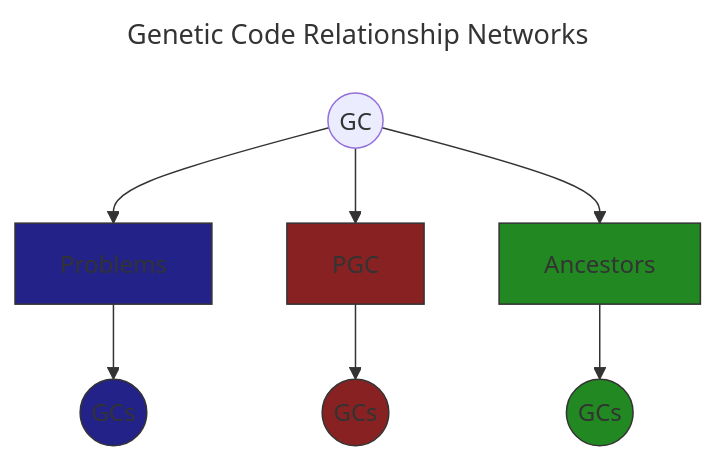
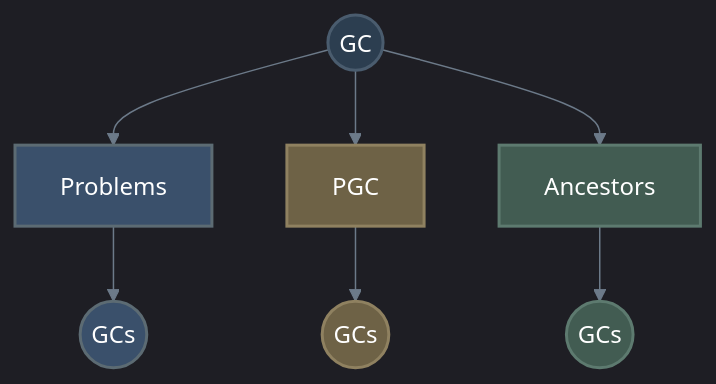
One commit to Shapedsundew9/erasmus-gp changed the diagram in docs/components/core/genetic_code/relationships.md. Above: the diagram before and after it, drawn with Mermaid. The commit also changed 21 other files, not shown here.

First line of the commit message:
Enhance Mermaid Diagrams and Color Consistency Across Documentation

````diff
--- a/docs/components/core/genetic_code/relationships.md
+++ b/docs/components/core/genetic_code/relationships.md
@@ -5,16 +5,17 @@
 ```mermaid
----
-title: Genetic Code Relationship Networks
----
+%%{init: { 'theme': 'dark', 'themeVariables': { 'lineColor': '#6c7a89', 'textColor': '#edf2f4', 'mainBkg': '#2b2d42', 'primaryBorderColor': '#4a4e69' }}}%%
+flowchart
+    %% Base/Default (Dark Slate)
+    classDef default fill:#2b2d42,stroke:#4a4e69,stroke-width:2px,color:#edf2f4
+    classDef dataBlue fill:#3a506b,stroke:#5c6b73,stroke-width:2px,color:#ffffff
+    classDef dataGreen fill:#425c52,stroke:#5d7a6f,stroke-width:2px,color:#ffffff
+    classDef dataGold fill:#6e6246,stroke:#8f8160,stroke-width:2px,color:#ffffff
+    classDef dataNavy fill:#2c3e50,stroke:#4a5c6e,stroke-width:2px,color:#ffffff
 
-flowchart
-    GC(("GC")) --> P["Problems"]:::blue
-    P --> GC0(("GCs")):::blue
-    GC --> PGC["PGC"]:::red
-    PGC --> GC1(("GCs")):::red
-    GC --> AN["Ancestors"]:::green
-    AN --> GC2(("GCs")):::green
-    classDef red fill:#882222,stroke:#333,stroke-width:1px
-    classDef green fill:#228822,stroke:#333,stroke-width:1px
-    classDef blue fill:#222288,stroke:#333,stroke-width:1px
+    GC(("GC")):::dataNavy --> P["Problems"]:::dataBlue
+    P --> GC0(("GCs")):::dataBlue
+    GC --> PGC["PGC"]:::dataGold
+    PGC --> GC1(("GCs")):::dataGold
+    GC --> AN["Ancestors"]:::dataGreen
+    AN --> GC2(("GCs")):::dataGreen
 ```
````
